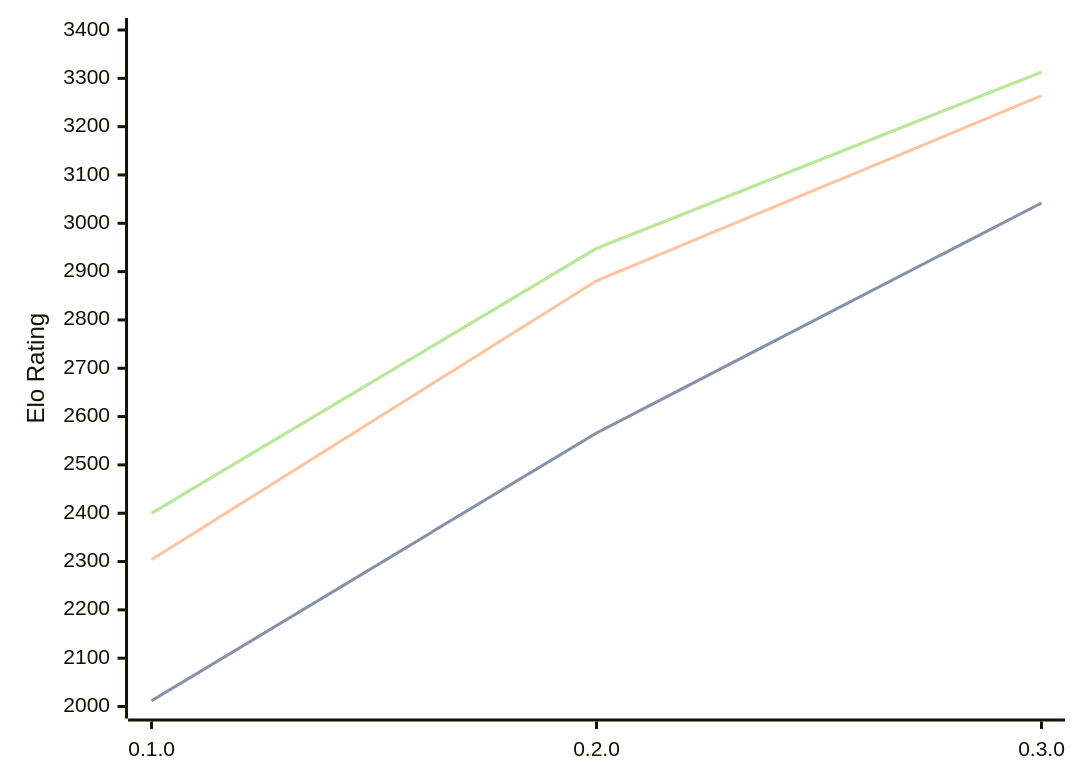
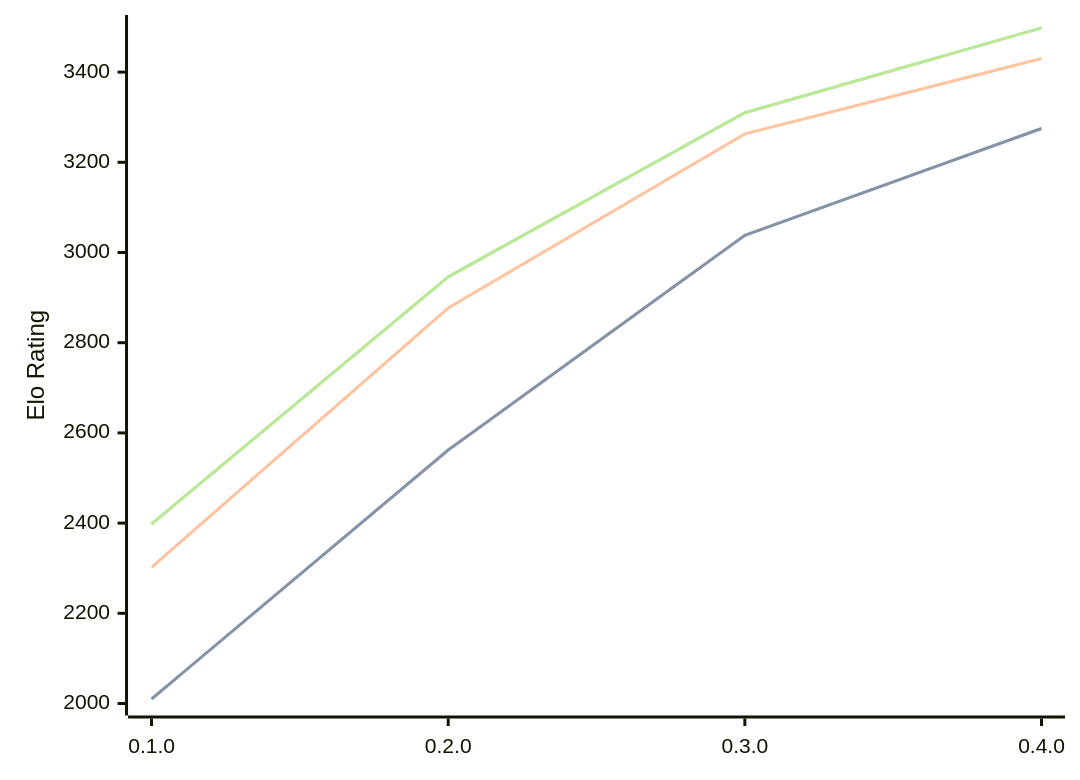
Before and after one commit to computer-chess-index/cci: the diagram in engines/Justbot.md, drawn with Mermaid. The commit also changed other lines of this file, not shown here.

Commit message:
Update CCI Ratings (ELO VLTC) - 2026-08-12

````diff
--- a/engines/Justbot.md
+++ b/engines/Justbot.md
@@ -33,11 +34,11 @@
 ```mermaid
 %%{init: {"theme":"base","themeVariables":{"seriesColors:['#a3a3a3','#222221','#faa371']}}}%%
 xychart-beta
-  x-axis ["0.1.0", "0.2.0", "0.3.0"]
-  y-axis "Elo Rating" 2000 --> 3400
-  line "STC (8.0+0.08s)" [2012, 2566, 3042]
-  line "STC (8.0+0.08s)" [2012, 2566, 3042]
-  line "LTC (60.0+0.60s)" [2304, 2881, 3264]
-  line "VLTC (2m24s+1.12s)" [2400, 2948, 3313]
-  line "VLTC (2m24s+1.12s)" [2400, 2948, 3313]
+  x-axis ["0.1.0", "0.2.0", "0.3.0", "0.4.0"]
+  y-axis "Elo Rating" 2000 --> 3500
+  line "STC (8.0+0.08s)" [2010, 2562, 3038, 3275]
+  line "STC (8.0+0.08s)" [2010, 2562, 3038, 3275]
+  line "LTC (60.0+0.60s)" [2302, 2877, 3263, 3430]
+  line "VLTC (2m24s+1.12s)" [2398, 2946, 3310, 3498]
+  line "VLTC (2m24s+1.12s)" [2398, 2946, 3310, 3498]
 ```
````
